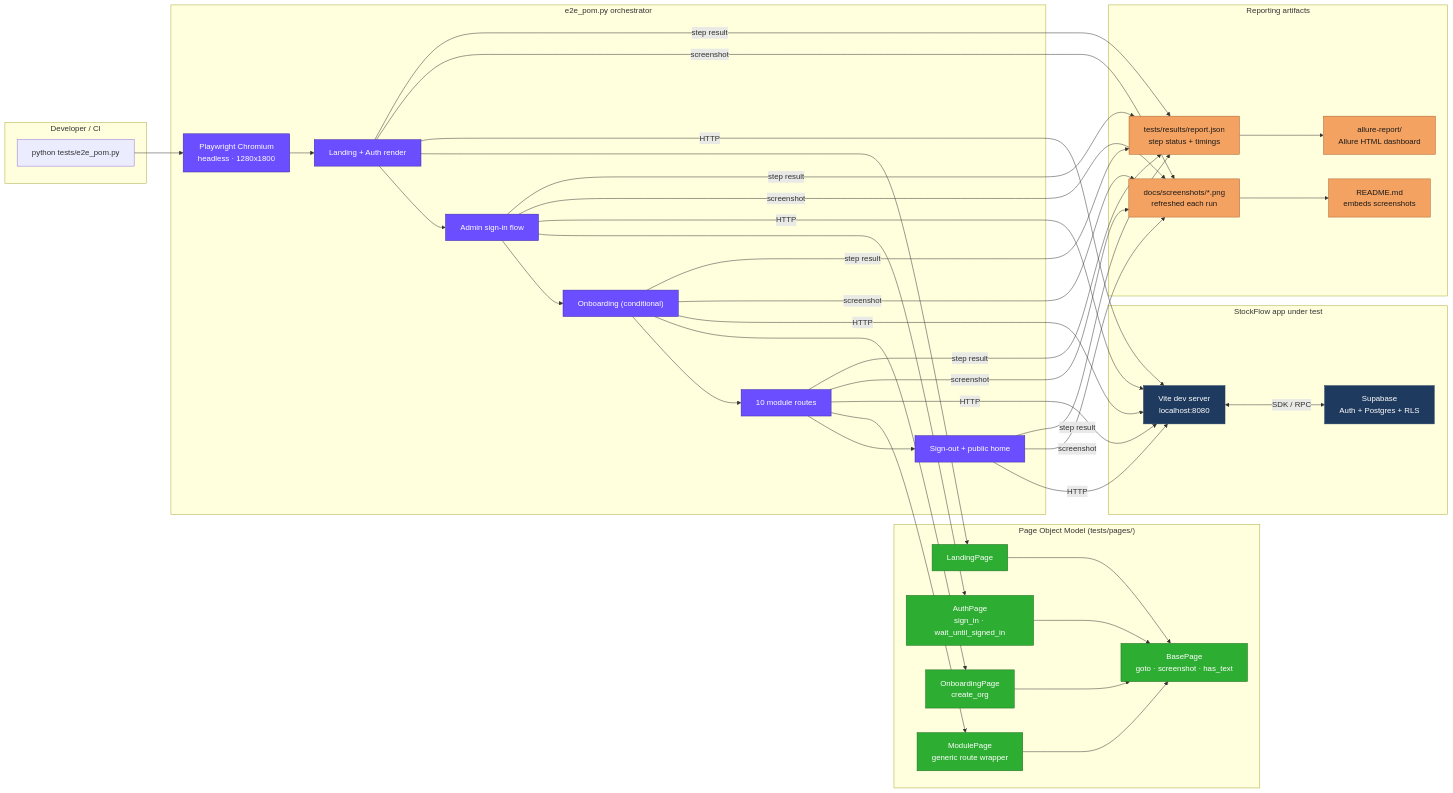
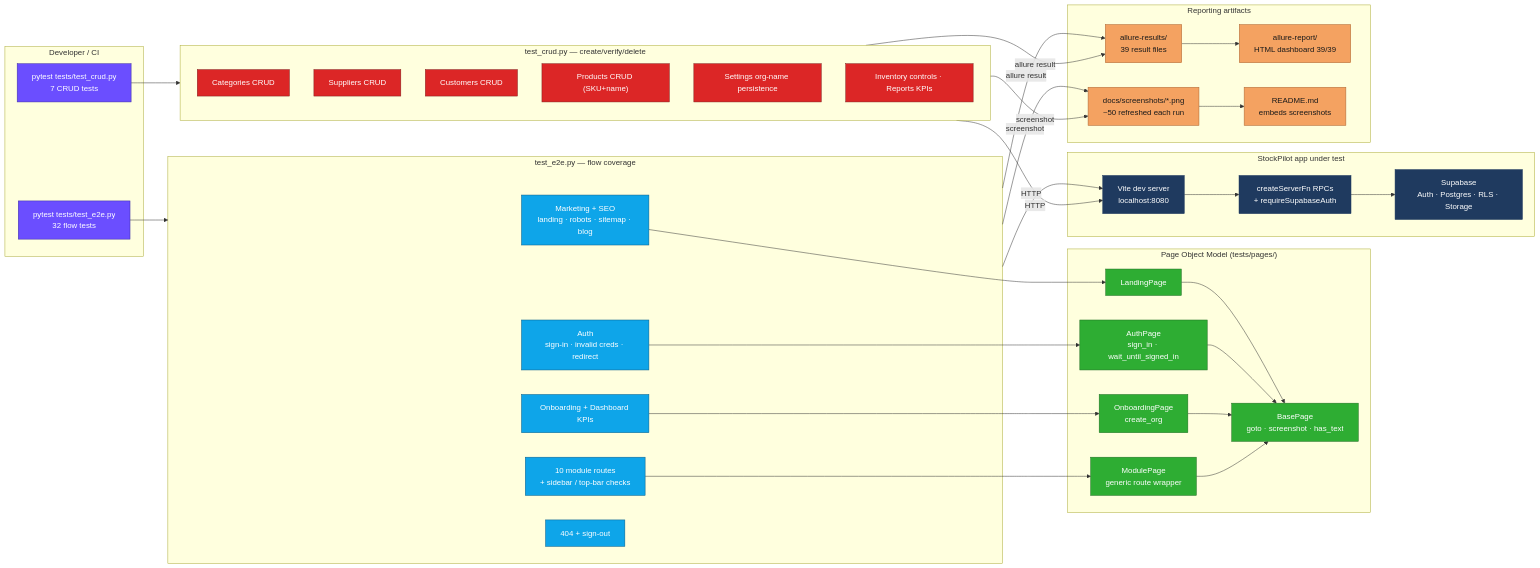
One commit to AvijitChowdhury/Inventory-Management-Sotware-SaaS-with-Playwright-Automated-Testing changed the diagram in docs/diagrams/e2e-testing.mmd. Above: the diagram before and after it, drawn with Mermaid.

```diff
--- a/docs/diagrams/e2e-testing.mmd
+++ b/docs/diagrams/e2e-testing.mmd
@@ -1,59 +1,73 @@
 flowchart LR
     subgraph Dev["Developer / CI"]
-        RUN["python tests/e2e_pom.py"]
+        RUN1["pytest tests/test_e2e.py<br/>32 flow tests"]
+        RUN2["pytest tests/test_crud.py<br/>7 CRUD tests"]
     end
 
     subgraph POM["Page Object Model (tests/pages/)"]
         BP["BasePage<br/>goto · screenshot · has_text"]
         LP["LandingPage"]
         AP["AuthPage<br/>sign_in · wait_until_signed_in"]
         OP["OnboardingPage<br/>create_org"]
         MP["ModulePage<br/>generic route wrapper"]
     end
 
-    subgraph Runner["e2e_pom.py orchestrator"]
-        FX["Playwright Chromium<br/>headless · 1280x1800"]
-        S1["Landing + Auth render"]
-        S2["Admin sign-in flow"]
-        S3["Onboarding (conditional)"]
-        S4["10 module routes"]
-        S5["Sign-out + public home"]
+    subgraph Flows["test_e2e.py — flow coverage"]
+        F1["Marketing + SEO<br/>landing · robots · sitemap · blog"]
+        F2["Auth<br/>sign-in · invalid creds · redirect"]
+        F3["Onboarding + Dashboard KPIs"]
+        F4["10 module routes<br/>+ sidebar / top-bar checks"]
+        F5["404 + sign-out"]
     end
 
-    subgraph App["StockFlow app under test"]
+    subgraph CRUD["test_crud.py — create/verify/delete"]
+        C1["Categories CRUD"]
+        C2["Suppliers CRUD"]
+        C3["Customers CRUD"]
+        C4["Products CRUD (SKU+name)"]
+        C5["Settings org-name persistence"]
+        C6["Inventory controls · Reports KPIs"]
+    end
+
+    subgraph App["StockPilot app under test"]
         LOCAL["Vite dev server<br/>localhost:8080"]
-        SB["Supabase<br/>Auth + Postgres + RLS"]
+        SF["createServerFn RPCs<br/>+ requireSupabaseAuth"]
+        SB["Supabase<br/>Auth · Postgres · RLS · Storage"]
     end
 
     subgraph Report["Reporting artifacts"]
-        JSON["tests/results/report.json<br/>step status + timings"]
-        SHOTS["docs/screenshots/*.png<br/>refreshed each run"]
-        ALLURE["allure-report/<br/>Allure HTML dashboard"]
+        RES["allure-results/<br/>39 result files"]
+        SHOTS["docs/screenshots/*.png<br/>~50 refreshed each run"]
+        ALLURE["allure-report/<br/>HTML dashboard 39/39"]
         RM["README.md<br/>embeds screenshots"]
     end
 
-    RUN --> FX
-    FX --> S1 --> S2 --> S3 --> S4 --> S5
+    RUN1 --> Flows
+    RUN2 --> CRUD
 
-    S1 --> LP
-    S2 --> AP
-    S3 --> OP
-    S4 --> MP
+    F1 --> LP
+    F2 --> AP
+    F3 --> OP
+    F4 --> MP
     LP & AP & OP & MP --> BP
 
-    S1 & S2 & S3 & S4 & S5 -->|HTTP| LOCAL
-    LOCAL <-->|SDK / RPC| SB
+    Flows & CRUD -->|HTTP| LOCAL
+    LOCAL --> SF --> SB
 
-    S1 & S2 & S3 & S4 & S5 -->|screenshot| SHOTS
-    S1 & S2 & S3 & S4 & S5 -->|step result| JSON
-    JSON --> ALLURE
+    Flows & CRUD -->|screenshot| SHOTS
+    Flows & CRUD -->|allure result| RES
+    RES --> ALLURE
     SHOTS --> RM
 
     classDef pom fill:#2EAD33,stroke:#1e6b21,color:#fff;
     classDef run fill:#6B4EFF,stroke:#3a2aa1,color:#fff;
+    classDef flows fill:#0EA5E9,stroke:#075985,color:#fff;
+    classDef crud fill:#DC2626,stroke:#7f1d1d,color:#fff;
     classDef app fill:#1F3A5F,stroke:#1F3A5F,color:#fff;
     classDef rep fill:#F4A261,stroke:#a86432,color:#1a1a1a;
     class BP,LP,AP,OP,MP pom;
-    class FX,S1,S2,S3,S4,S5 run;
-    class LOCAL,SB app;
-    class JSON,SHOTS,ALLURE,RM rep;
+    class RUN1,RUN2 run;
+    class F1,F2,F3,F4,F5 flows;
+    class C1,C2,C3,C4,C5,C6 crud;
+    class LOCAL,SF,SB app;
+    class RES,SHOTS,ALLURE,RM rep;
```
